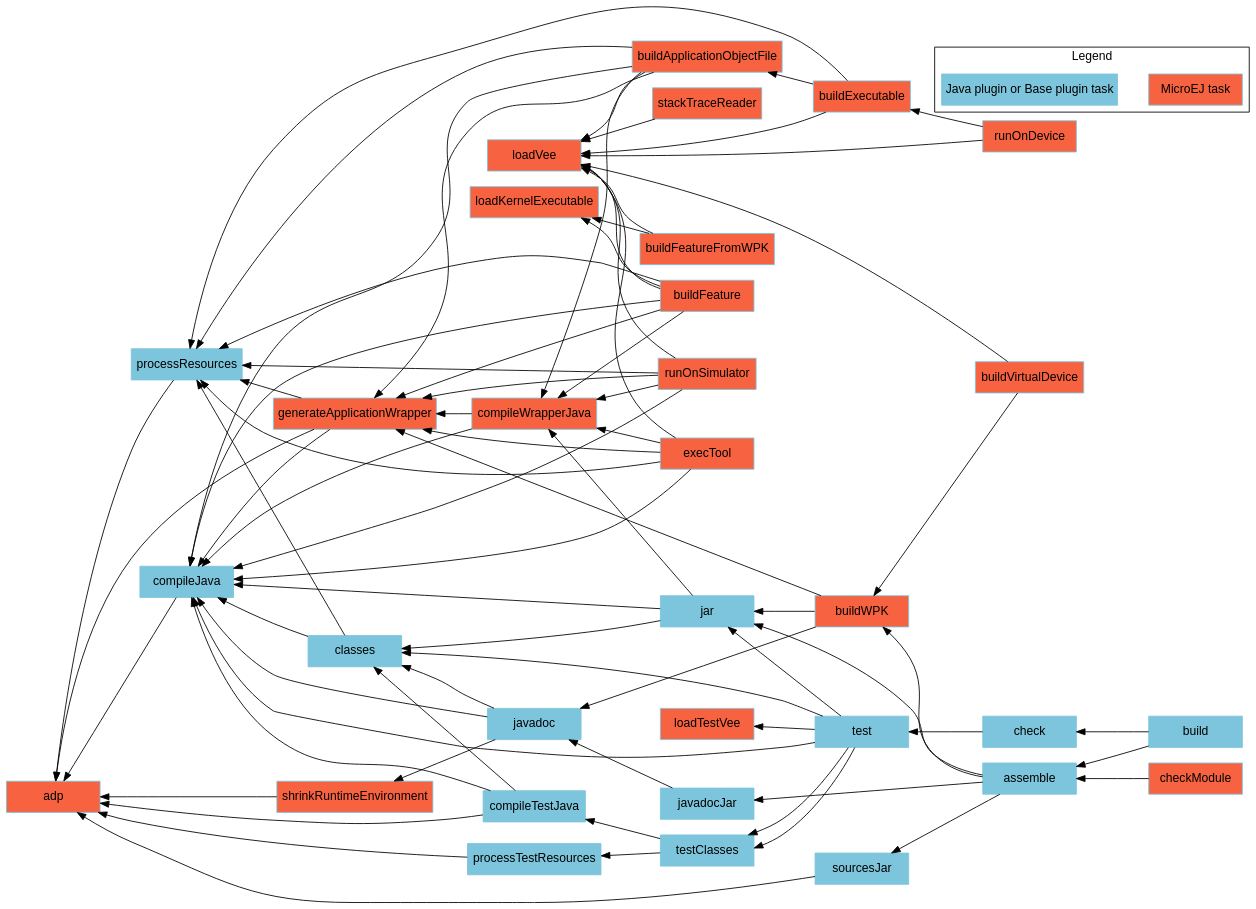
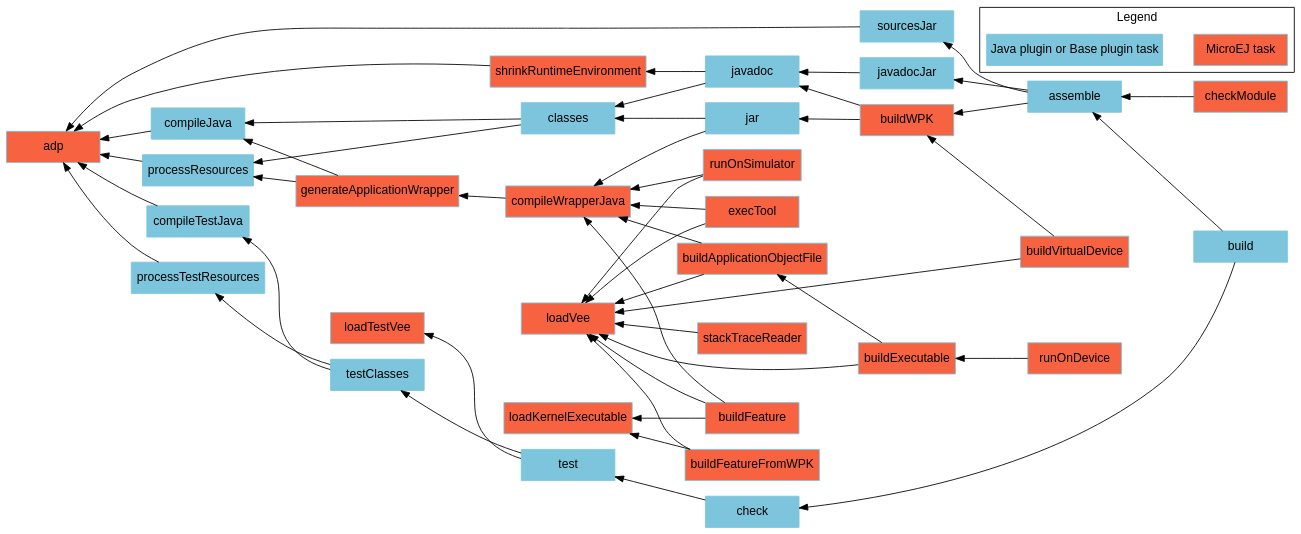
Before and after one commit to MicroEJ/docs: the diagram in SDK6UserGuide/graphApplicationModule.dot, drawn with Graphviz. The commit also changed 5 other files, not shown here.

Commit message:
Update graphviz graphs for sdk6 module natures

```diff
--- a/SDK6UserGuide/graphApplicationModule.dot
+++ b/SDK6UserGuide/graphApplicationModule.dot
@@ -1,111 +1,85 @@
 digraph mygraph {
     rankdir="RL";
     bgcolor="transparent"
     fontname="Helvetica,Arial,sans-serif"
     node [
         shape = box
         width = 1.5
         color = "#7dc5dc"
         style = filled
         fontname="Helvetica,Arial,sans-serif"
     ]
     edge [fontname="Helvetica,Arial,sans-serif"]
     "adp" [fillcolor = "#f76241"]
     "checkModule" [fillcolor = "#f76241"]
     "loadKernelExecutable" [fillcolor = "#f76241"]
     "loadVee" [fillcolor = "#f76241"]
     "runOnSimulator" [fillcolor = "#f76241"]
     "buildWPK" [fillcolor = "#f76241"]
     "buildApplicationObjectFile" [fillcolor = "#f76241"]
     "buildExecutable" [fillcolor = "#f76241"]
     "buildVirtualDevice" [fillcolor = "#f76241"]
     "buildFeature" [fillcolor = "#f76241"]
     "runOnDevice" [fillcolor = "#f76241"]
     "execTool" [fillcolor = "#f76241"]
     "generateApplicationWrapper" [fillcolor = "#f76241"]
     "compileWrapperJava" [fillcolor = "#f76241"]
     "buildFeatureFromWPK" [fillcolor = "#f76241"]
     "shrinkRuntimeEnvironment" [fillcolor = "#f76241"]
     "loadTestVee" [fillcolor = "#f76241"]
     "stackTraceReader" [fillcolor = "#f76241"]
     "build" -> "check"
     "build" -> "assemble"
-    "assemble" -> "jar"
     "assemble" -> "buildWPK"
     "assemble" -> "javadocJar"
     "assemble" -> "sourcesJar"
     "buildWPK" -> "jar"
     "buildWPK" -> "javadoc"
-    "buildWPK" -> "generateApplicationWrapper"
-    "generateApplicationWrapper" -> "adp"
     "generateApplicationWrapper" -> "processResources"
     "generateApplicationWrapper" -> "compileJava"
     "compileJava" -> "adp"
     "processResources" -> "adp"
     "jar" -> "classes"
-    "jar" -> "compileJava"
     "jar" -> "compileWrapperJava"
     "classes" -> "compileJava"
     "classes" -> "processResources"
     "compileWrapperJava" -> "generateApplicationWrapper"
-    "compileWrapperJava" -> "compileJava"
     "javadoc" -> "classes"
-    "javadoc" -> "compileJava"
     "javadoc" -> "shrinkRuntimeEnvironment"
     "javadocJar" -> "javadoc"
     "sourcesJar" -> "adp"
     "shrinkRuntimeEnvironment" -> "adp"
-    "runOnSimulator" -> "compileJava"
     "runOnSimulator" -> "compileWrapperJava"
-    "runOnSimulator" -> "generateApplicationWrapper"
     "runOnSimulator" -> "loadVee"
-    "runOnSimulator" -> "processResources"
     "runOnDevice" -> "buildExecutable"
-    "runOnDevice" -> "loadVee"
     "buildExecutable" -> "buildApplicationObjectFile"
     "buildExecutable" -> "loadVee"
-    "buildExecutable" -> "processResources"
-    "buildApplicationObjectFile" -> "compileJava"
     "buildApplicationObjectFile" -> "compileWrapperJava"
-    "buildApplicationObjectFile" -> "generateApplicationWrapper"
     "buildApplicationObjectFile" -> "loadVee"
-    "buildApplicationObjectFile" -> "processResources"
     "buildVirtualDevice" -> "loadVee"
     "buildVirtualDevice" -> "buildWPK"
-    "buildFeature" -> "compileJava"
     "buildFeature" -> "compileWrapperJava"
-    "buildFeature" -> "generateApplicationWrapper"
     "buildFeature" -> "loadKernelExecutable"
     "buildFeature" -> "loadVee"
-    "buildFeature" -> "processResources"
-    "execTool" -> "compileJava"
     "execTool" -> "compileWrapperJava"
-    "execTool" -> "generateApplicationWrapper"
     "execTool" -> "loadVee"
-    "execTool" -> "processResources"
     "buildFeatureFromWPK" -> "loadVee"
     "buildFeatureFromWPK" -> "loadKernelExecutable"
     "check" -> "test"
     "checkModule" -> "assemble"
-    "test" -> "classes"
-    "test" -> "compileJava"
     "test" -> "testClasses"
-    "test" -> "jar"
     "test" -> "loadTestVee"
-    "test" -> "testClasses"
     "compileTestJava" -> "adp"
-    "compileTestJava" -> "classes"
-    "compileTestJava" -> "compileJava"
     "testClasses" -> "compileTestJava"
     "testClasses" -> "processTestResources"
     "processTestResources" -> "adp"
     "stackTraceReader" -> "loadVee"
     
     subgraph cluster_legend {
         label="Legend";
         microej [fillcolor="#f76241" label="MicroEJ task"];
         java [fillcolor="#7dc5dc" label="Java plugin or Base plugin task"];
         microej -> java [style=invis];
         java -> microej [style=invis];
     }
 }
```
